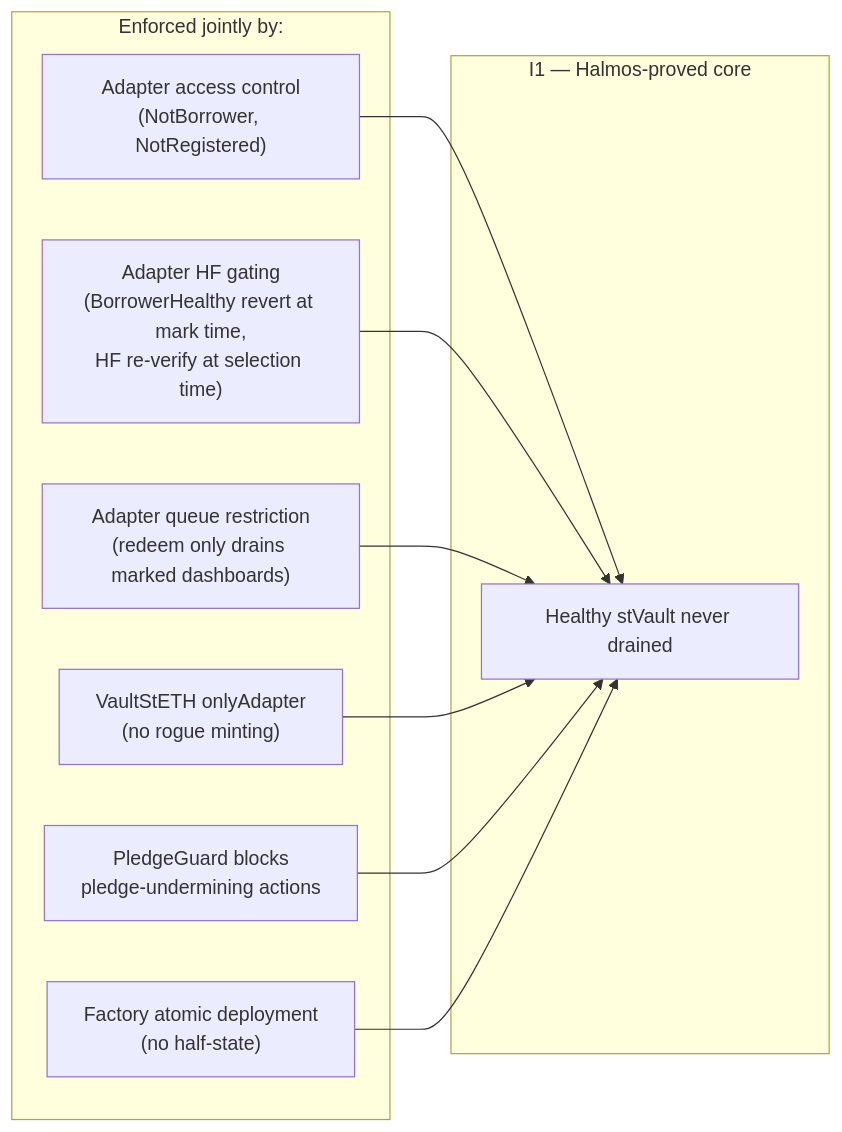
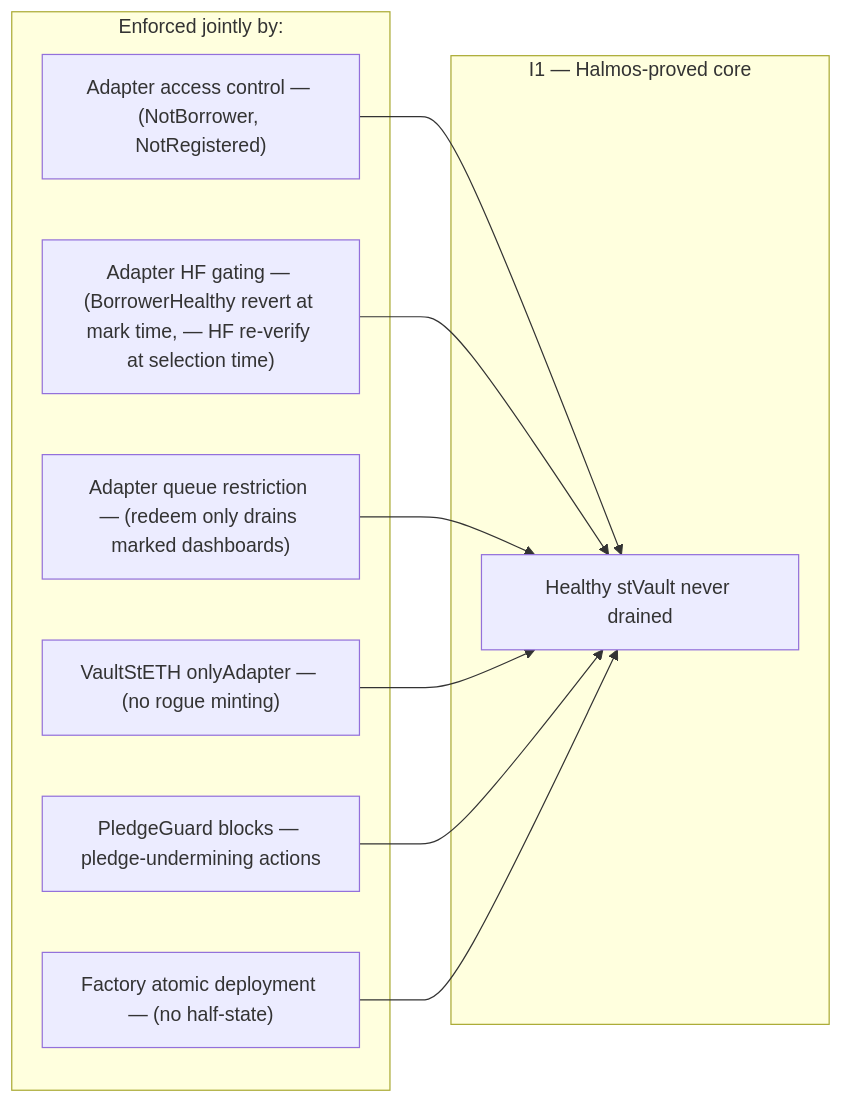
Before and after one commit to sanbir/vault-steth-adapter: diagram 22 of 24 in docs/Architecture.md, drawn with Mermaid. The commit also changed other lines of this file and 1 other file, not shown here.

First line of the commit message:
docs: fix Mermaid <br/> rendering errors in Architecture.md and Liquidation-guarantees.md

````diff
--- a/docs/Architecture.md
+++ b/docs/Architecture.md
@@ -784,21 +784,21 @@
 ```mermaid
 flowchart LR
     subgraph I1Source["I1 — Halmos-proved core"]
         I1["Healthy stVault never drained"]
     end
     subgraph EnforcedBy["Enforced jointly by:"]
-        AdapterAccess["Adapter access control<br/>(NotBorrower, NotRegistered)"]
-        AdapterHF["Adapter HF gating<br/>(BorrowerHealthy revert at mark time,<br/>HF re-verify at selection time)"]
-        AdapterQueue["Adapter queue restriction<br/>(redeem only drains marked dashboards)"]
-        VaultStETHAccess["VaultStETH onlyAdapter<br/>(no rogue minting)"]
-        PledgeGuardBlocks["PledgeGuard blocks<br/>pledge-undermining actions"]
-        FactoryAtomic["Factory atomic deployment<br/>(no half-state)"]
+        AdapterAccess["Adapter access control — (NotBorrower, NotRegistered)"]
+        AdapterHF["Adapter HF gating — (BorrowerHealthy revert at mark time, — HF re-verify at selection time)"]
+        AdapterQueue["Adapter queue restriction — (redeem only drains marked dashboards)"]
+        VaultStETHAccess["VaultStETH onlyAdapter — (no rogue minting)"]
+        PledgeGuardBlocks["PledgeGuard blocks — pledge-undermining actions"]
+        FactoryAtomic["Factory atomic deployment — (no half-state)"]
     end
 
     AdapterAccess --> I1
     AdapterHF --> I1
     AdapterQueue --> I1
     VaultStETHAccess --> I1
     PledgeGuardBlocks --> I1
     FactoryAtomic --> I1
 ```
````
